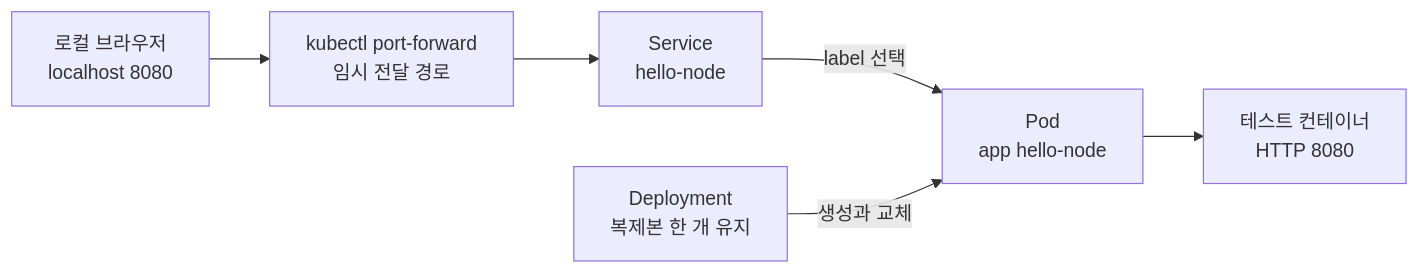
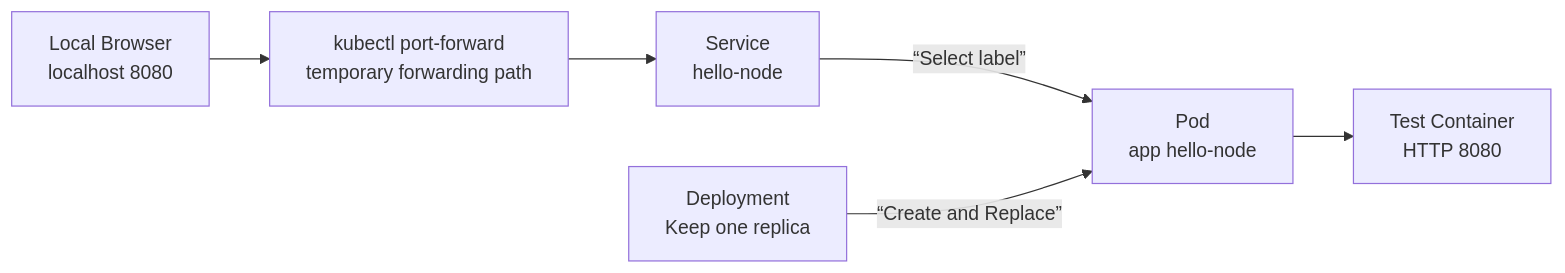
The first of 2 diagrams in docs-site/content/kubernetes/01-why-and-first-cluster.md (nohdol97/nohdol-study), drawn with Mermaid before and after one commit. The commit also changed other lines of this file and 116 other files, not shown here.

````diff
--- a/docs-site/content/kubernetes/01-why-and-first-cluster.md
+++ b/docs-site/content/kubernetes/01-why-and-first-cluster.md
@@ -16,8 +16,8 @@
 ```mermaid
 flowchart LR
-  BROWSER["로컬 브라우저<br/>localhost 8080"] --> PF["kubectl port-forward<br/>임시 전달 경로"]
+  BROWSER["Local Browser<br/>localhost 8080"] --> PF["kubectl port-forward<br/>temporary forwarding path"]
   PF --> SVC["Service<br/>hello-node"]
-  SVC -->|"label 선택"| POD["Pod<br/>app hello-node"]
-  DEP["Deployment<br/>복제본 한 개 유지"] -->|"생성과 교체"| POD
-  POD --> CONTAINER["테스트 컨테이너<br/>HTTP 8080"]
+  SVC -->|“Select label”| POD["Pod<br/>app hello-node"]
+  DEP["Deployment<br/>Keep one replica"] -->|“Create and Replace”| POD
+  POD --> CONTAINER["Test Container<br/>HTTP 8080"]
 ```
````
